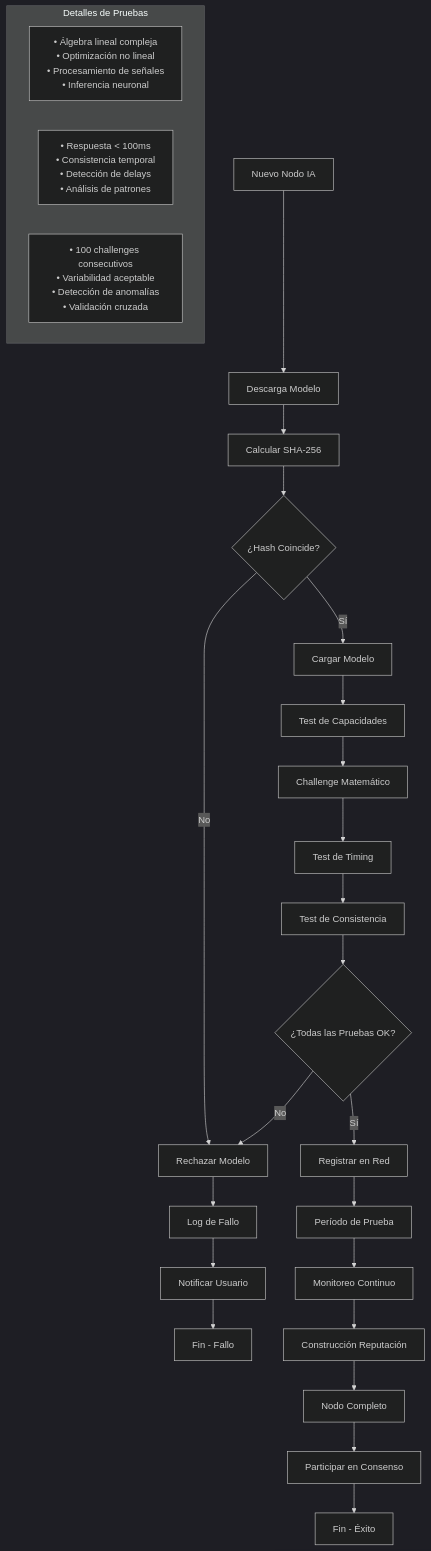
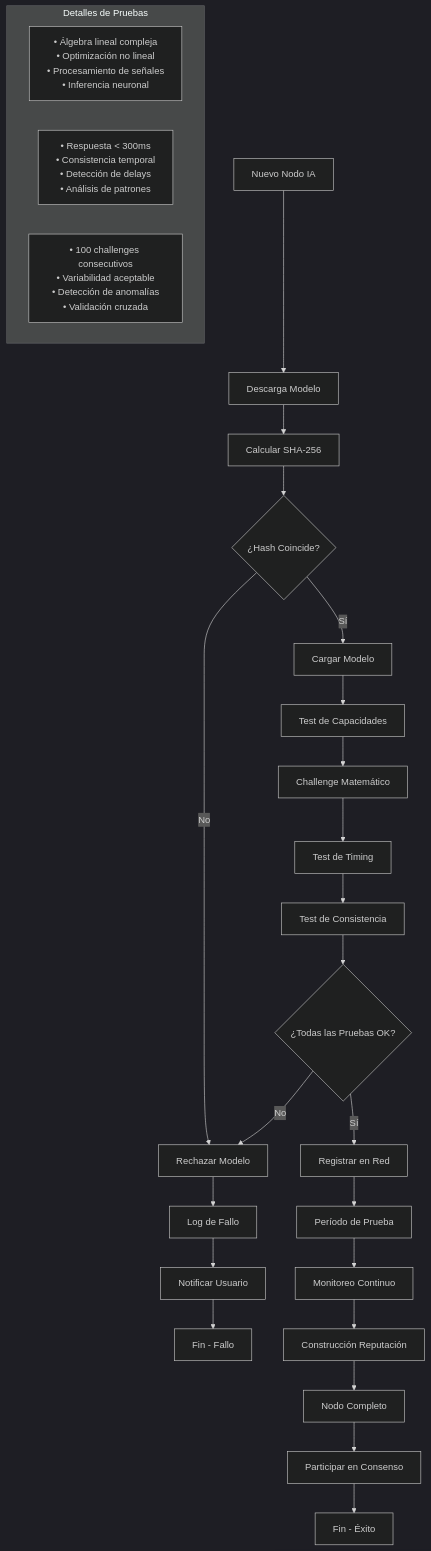
Diagram 12 of 12 in docs/Technical_Whitepaper.md (Zollkron/gamerchain), drawn with Mermaid (dark theme) before and after one commit. The commit also changed other lines of this file and 33 other files, not shown here.

````diff
--- a/docs/Technical_Whitepaper.md
+++ b/docs/Technical_Whitepaper.md
@@ -1373,36 +1373,36 @@
 ```mermaid
 flowchart TD
     START[Nuevo Nodo IA] --> DOWNLOAD[Descarga Modelo]
     DOWNLOAD --> HASH_CALC[Calcular SHA-256]
     HASH_CALC --> HASH_CHECK{¿Hash Coincide?}
     
     HASH_CHECK -->|No| REJECT[Rechazar Modelo]
     HASH_CHECK -->|Sí| LOAD_MODEL[Cargar Modelo]
     
     LOAD_MODEL --> CAPABILITY_TEST[Test de Capacidades]
     CAPABILITY_TEST --> MATH_CHALLENGE[Challenge Matemático]
     MATH_CHALLENGE --> TIMING_TEST[Test de Timing]
     TIMING_TEST --> CONSISTENCY_TEST[Test de Consistencia]
     
     CONSISTENCY_TEST --> VALIDATION{¿Todas las Pruebas OK?}
     VALIDATION -->|No| REJECT
     VALIDATION -->|Sí| REGISTER[Registrar en Red]
     
     REGISTER --> PROBATION[Período de Prueba]
     PROBATION --> MONITOR[Monitoreo Continuo]
     MONITOR --> REPUTATION[Construcción Reputación]
     REPUTATION --> FULL_NODE[Nodo Completo]
     
     REJECT --> LOG_FAILURE[Log de Fallo]
     LOG_FAILURE --> NOTIFY_USER[Notificar Usuario]
     NOTIFY_USER --> END_FAIL[Fin - Fallo]
     
     FULL_NODE --> PARTICIPATE[Participar en Consenso]
     PARTICIPATE --> END_SUCCESS[Fin - Éxito]
     
     subgraph "Detalles de Pruebas"
         MATH_DETAIL["• Álgebra lineal compleja<br/>• Optimización no lineal<br/>• Procesamiento de señales<br/>• Inferencia neuronal"]
-        TIMING_DETAIL["• Respuesta < 100ms<br/>• Consistencia temporal<br/>• Detección de delays<br/>• Análisis de patrones"]
+        TIMING_DETAIL["• Respuesta < 300ms<br/>• Consistencia temporal<br/>• Detección de delays<br/>• Análisis de patrones"]
         CONSISTENCY_DETAIL["• 100 challenges consecutivos<br/>• Variabilidad aceptable<br/>• Detección de anomalías<br/>• Validación cruzada"]
     end
 ```
````
